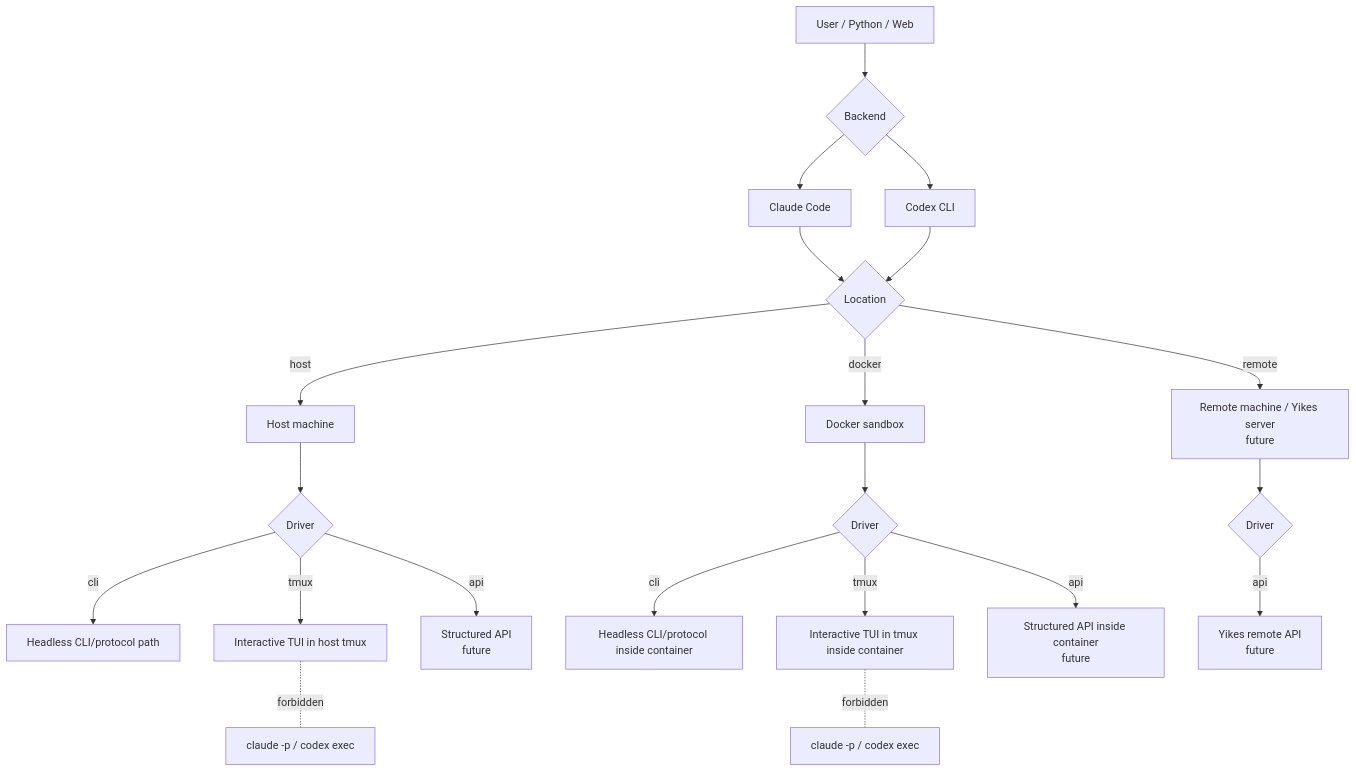
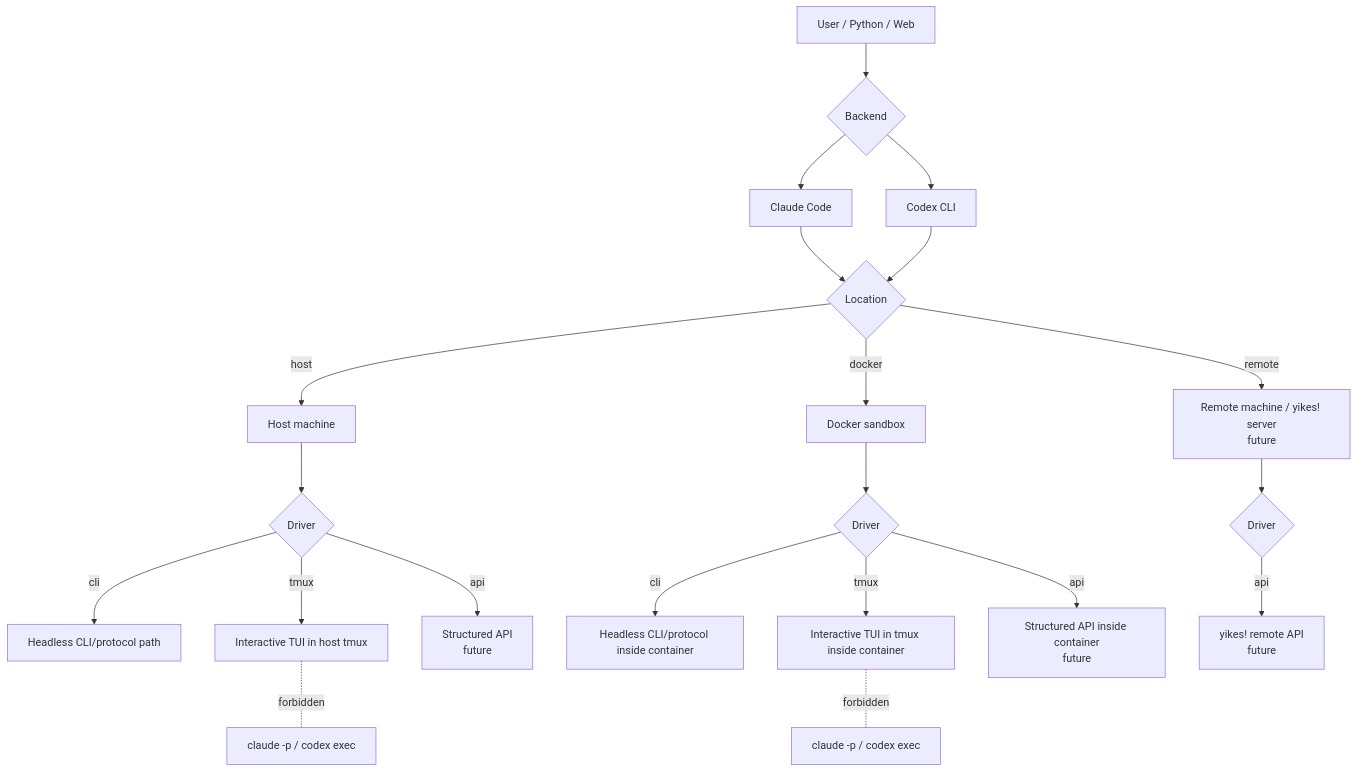
Before and after one commit to Alyxion/yikes: the second of 2 diagrams in docs/index.md, drawn with Mermaid. The commit also changed other lines of this file and 36 other files, not shown here.

````diff
--- a/docs/index.md
+++ b/docs/index.md
@@ -47,30 +50,30 @@
 ```mermaid
 flowchart TB
     user[User / Python / Web] --> backend{Backend}
     backend --> claude[Claude Code]
     backend --> codex[Codex CLI]
 
     claude --> location{Location}
     codex --> location
 
     location -->|host| host[Host machine]
     location -->|docker| docker[Docker sandbox]
-    location -->|remote| remote[Remote machine / Yikes server<br/>future]
+    location -->|remote| remote[Remote machine / yikes! server<br/>future]
 
     host --> host_driver{Driver}
     docker --> docker_driver{Driver}
     remote --> remote_driver{Driver}
 
     host_driver -->|cli| host_cli[Headless CLI/protocol path]
     host_driver -->|tmux| host_tmux[Interactive TUI in host tmux]
     host_driver -->|api| host_api[Structured API<br/>future]
 
     docker_driver -->|cli| docker_cli[Headless CLI/protocol inside container]
     docker_driver -->|tmux| docker_tmux[Interactive TUI in tmux inside container]
     docker_driver -->|api| docker_api[Structured API inside container<br/>future]
 
-    remote_driver -->|api| remote_api[Yikes remote API<br/>future]
+    remote_driver -->|api| remote_api[yikes! remote API<br/>future]
 
     host_tmux -. forbidden .- bad1["claude -p / codex exec"]
     docker_tmux -. forbidden .- bad2["claude -p / codex exec"]
 ```
````
